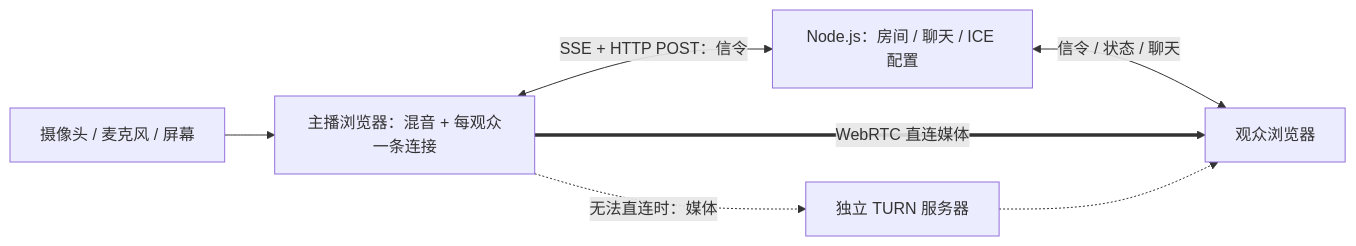
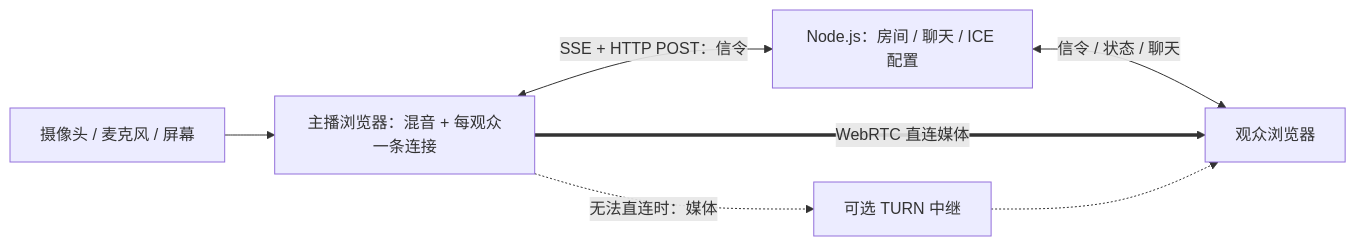
One commit to ko2en/luma-live changed the diagram in README.md. Above: the diagram before and after it, drawn with Mermaid. The commit also changed other lines of this file and 3 other files, not shown here.

````diff
--- a/README.md
+++ b/README.md
@@ -345,9 +81,9 @@
 ```mermaid
 flowchart LR
   CAM["摄像头 / 麦克风 / 屏幕"] --> HOST["主播浏览器：混音 + 每观众一条连接"]
   HOST <-->|"SSE + HTTP POST：信令"| APP["Node.js：房间 / 聊天 / ICE 配置"]
   APP <-->|"信令 / 状态 / 聊天"| VIEW["观众浏览器"]
   HOST ==>|"WebRTC 直连媒体"| VIEW
-  HOST -.->|"无法直连时：媒体"| TURN["独立 TURN 服务器"]
+  HOST -.->|"无法直连时：媒体"| TURN["可选 TURN 中继"]
   TURN -.-> VIEW
 ```
````
